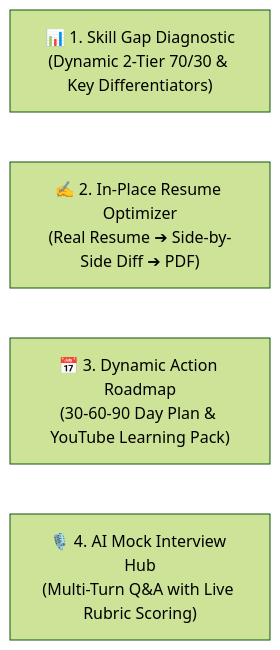
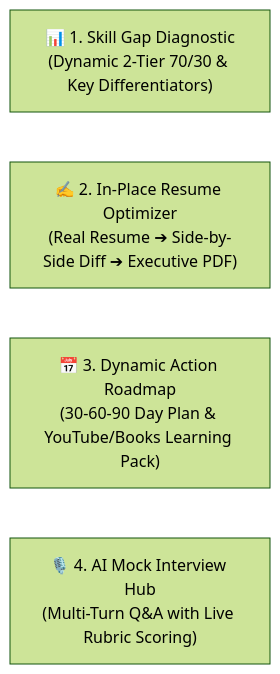
Before and after one commit to SumaVarshitha/PathCraft-AI: the diagram in README.md, drawn with Mermaid (forest theme). The commit also changed other lines of this file and 12 other files, not shown here.

````diff
--- a/README.md
+++ b/README.md
@@ -30,7 +30,7 @@
 ```mermaid
 flowchart LR
     H1["📊 1. Skill Gap Diagnostic<br/>(Dynamic 2-Tier 70/30 & Key Differentiators)"]
-    H2["✍️ 2. In-Place Resume Optimizer<br/>(Real Resume ➔ Side-by-Side Diff ➔ PDF)"]
-    H3["📅 3. Dynamic Action Roadmap<br/>(30-60-90 Day Plan & YouTube Learning Pack)"]
+    H2["✍️ 2. In-Place Resume Optimizer<br/>(Real Resume ➔ Side-by-Side Diff ➔ Executive PDF)"]
+    H3["📅 3. Dynamic Action Roadmap<br/>(30-60-90 Day Plan & YouTube/Books Learning Pack)"]
     H4["🎙️ 4. AI Mock Interview Hub<br/>(Multi-Turn Q&A with Live Rubric Scoring)"]
 ```
````
